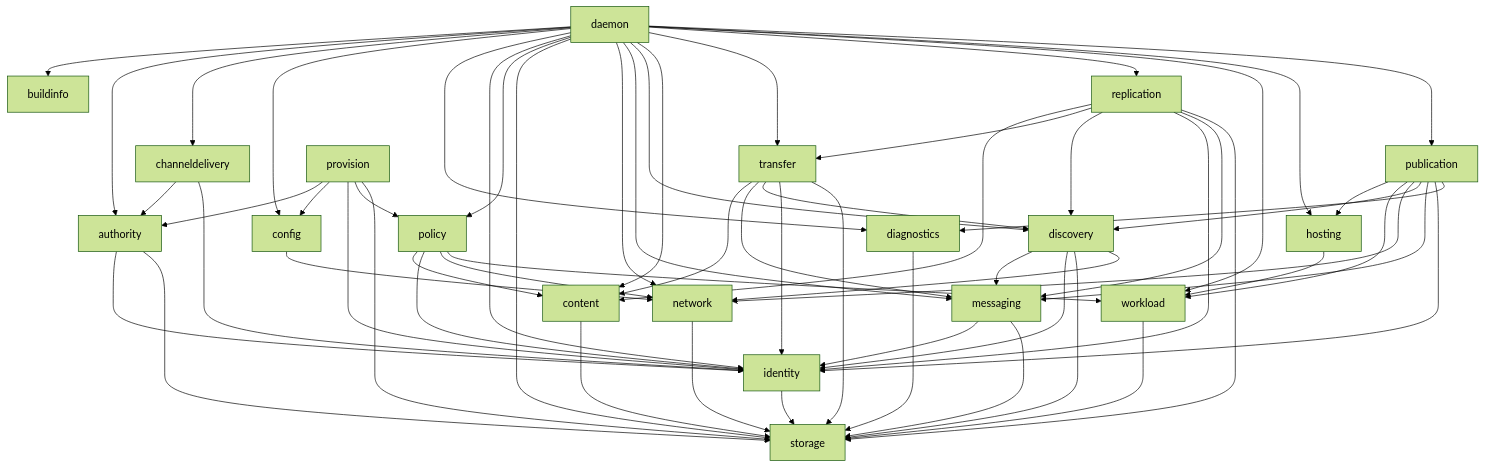
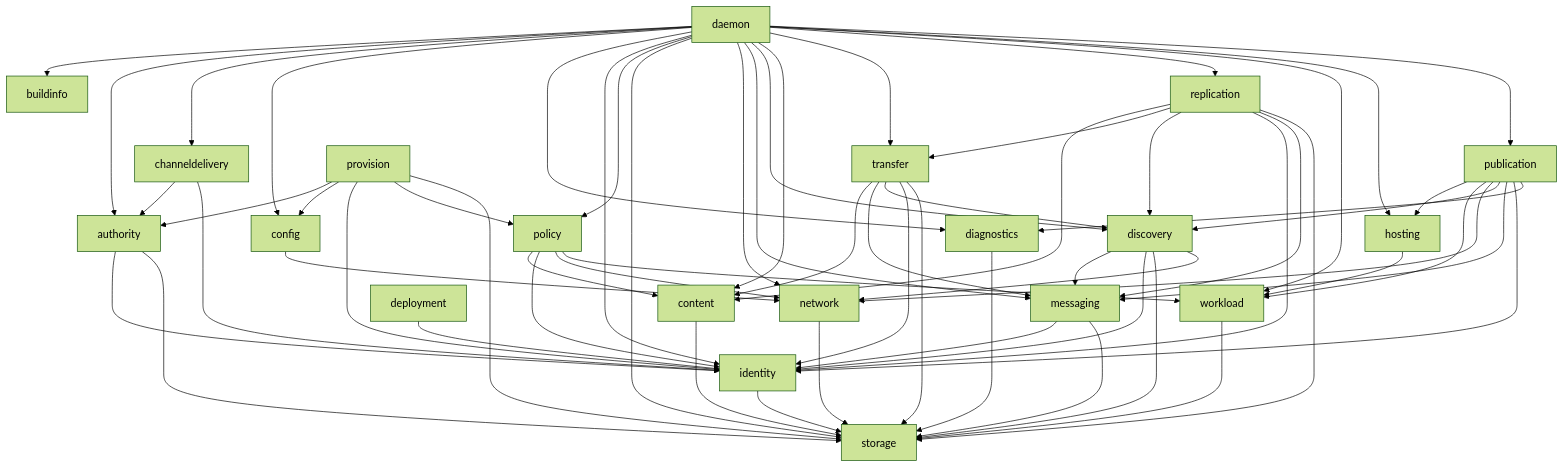
Before and after one commit to dianabuilds/ardents-network: the diagram in docs/engineering/codebase-architecture.md, drawn with Mermaid (forest theme). The commit also changed other lines of this file and 5 other files, not shown here.

```diff
--- a/docs/engineering/codebase-architecture.md
+++ b/docs/engineering/codebase-architecture.md
@@ -491,6 +491,7 @@
     publication[publication]
     authority[authority]
     channeldelivery[channeldelivery]
+    deployment[deployment]
     provision[provision]
     daemon[daemon]
 
@@ -533,6 +534,7 @@
     authority --> storage
     channeldelivery --> authority
     channeldelivery --> identity
+    deployment --> identity
     provision --> authority
     provision --> config
     provision --> identity
```
